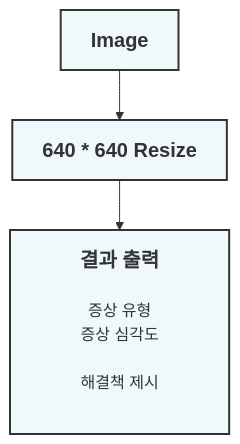
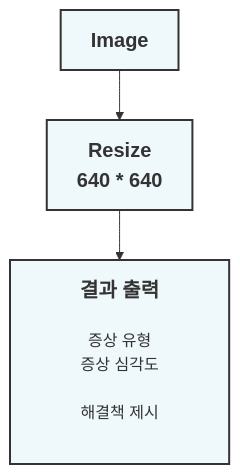
The second of 2 diagrams in Readme.md (201710808/-p), drawn with Mermaid before and after one commit.

````diff
--- a/Readme.md
+++ b/Readme.md
@@ -13,9 +13,9 @@
 ```mermaid
 graph
-A[<b><span style='font-size:20px'>Image</span></b>]-->B[<b><span style='font-size:20px'>640 * 640 Resize</span></b>]
+A[<b><span style='font-size:20px'>Image</span></b>]-->B[<b><span style='font-size:20px'>Resize<br>640 * 640</span></b>]
 B-->C[<b><span style='font-size:20px'>  결과 출력  </span></b><br><br>증상 유형<br>증상 심각도<br><br>해결책 제시<br><br>]
 
 style A fill:#EFF8FB ,stroke:#333,stroke-width:2px
 style B fill:#EFF8FB ,stroke:#333,stroke-width:2px
 style C fill:#EFF8FB ,stroke:#333,stroke-width:2px
 ```
````
